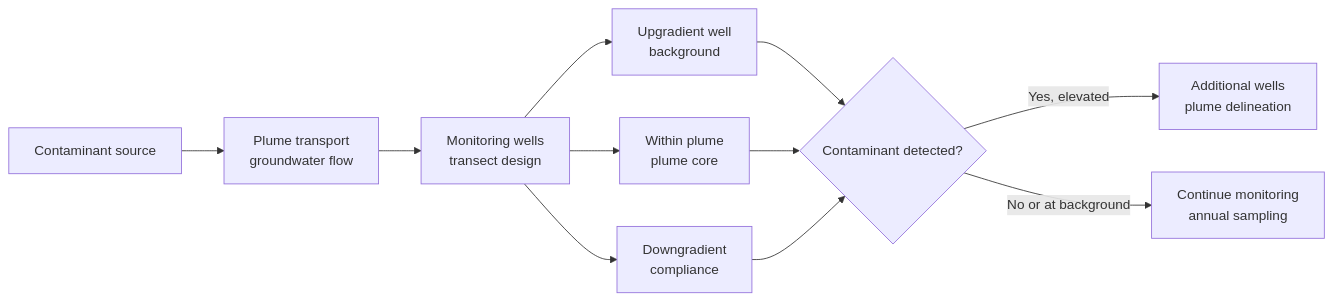
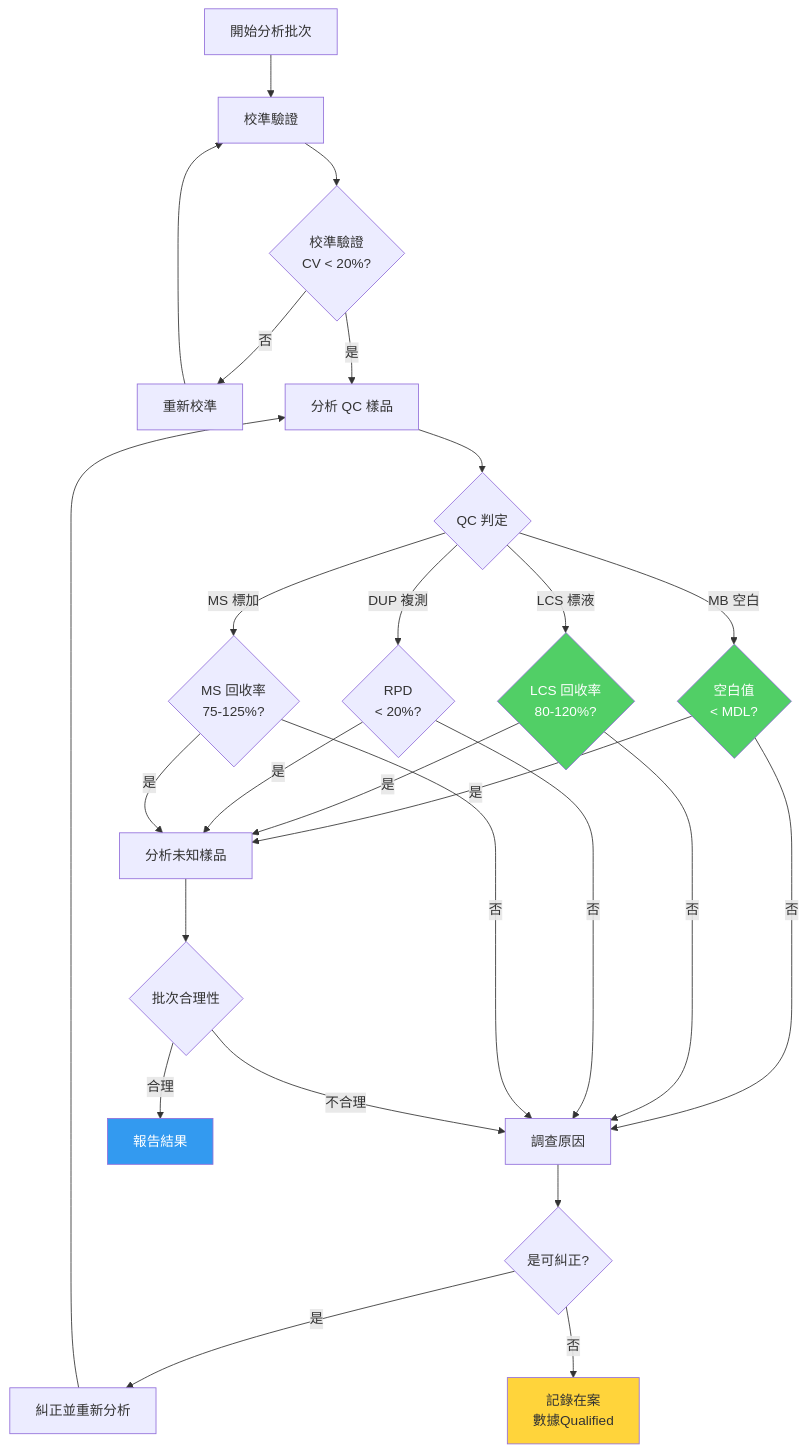
Before and after one commit to yip-lgtm/civil-bootcamp: the fourth of 5 diagrams in MIT_CEE_Core/Track_1_Environment/Fluids_Transport_Engineering/03_1.107_Water_Air_Quality_Lab.md, drawn with Mermaid. The commit also changed other lines of this file and 8 other files, not shown here.

````diff
--- a/MIT_CEE_Core/Track_1_Environment/Fluids_Transport_Engineering/03_1.107_Water_Air_Quality_Lab.md
+++ b/MIT_CEE_Core/Track_1_Environment/Fluids_Transport_Engineering/03_1.107_Water_Air_Quality_Lab.md
@@ -292,13 +739,38 @@
 ```mermaid
-flowchart LR
-    A[Contaminant source] --> B[Plume transport<br/>groundwater flow]
-    B --> C[Monitoring wells<br/>transect design]
-    C --> D[Upgradient well<br/>background]
-    C --> E[Within plume<br/>plume core]
-    C --> F[Downgradient<br/>compliance]
-    D --> G{Contaminant detected?}
-    E --> G
-    F --> G
-    G -->|Yes, elevated| H[Additional wells<br/>plume delineation]
-    G -->|No or at background| I[Continue monitoring<br/>annual sampling]
+flowchart TD
+    A[開始分析批次] --> B[校準驗證]
+    B --> C{校準驗證<br/>CV < 20%?}
+    C -->|否| D[重新校準]
+    D --> B
+    C -->|是| E[分析 QC 樣品]
+    
+    E --> F{QC 判定}
+    F -->|MB 空白| G{空白值<br/>< MDL?}
+    F -->|LCS 標液| H{LCS 回收率<br/>80-120%?}
+    F -->|DUP 複測| I{RPD<br/>< 20%?}
+    F -->|MS 標加| J{MS 回收率<br/>75-125%?}
+    
+    G -->|否| K[調查原因]
+    H -->|否| K
+    I -->|否| K
+    J -->|否| K
+    
+    K --> L{是可糾正?}
+    L -->|是| M[糾正並重新分析]
+    L -->|否| N[記錄在案<br/>數據Qualified]
+    
+    M --> E
+    G -->|是| O[分析未知樣品]
+    H -->|是| O
+    I -->|是| O
+    J -->|是| O
+    
+    O --> P{批次合理性}
+    P -->|合理| Q[報告結果]
+    P -->|不合理| K
+    
+    style G fill:#51cf66,color:#fff
+    style H fill:#51cf66,color:#fff
+    style N fill:#ffd43b
+    style Q fill:#339af0,color:#fff
 ```
````
